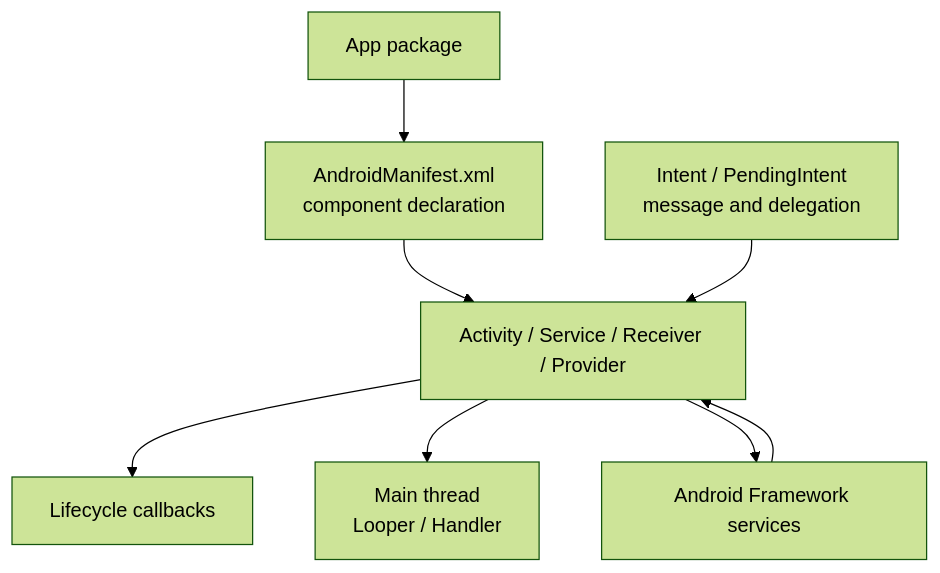
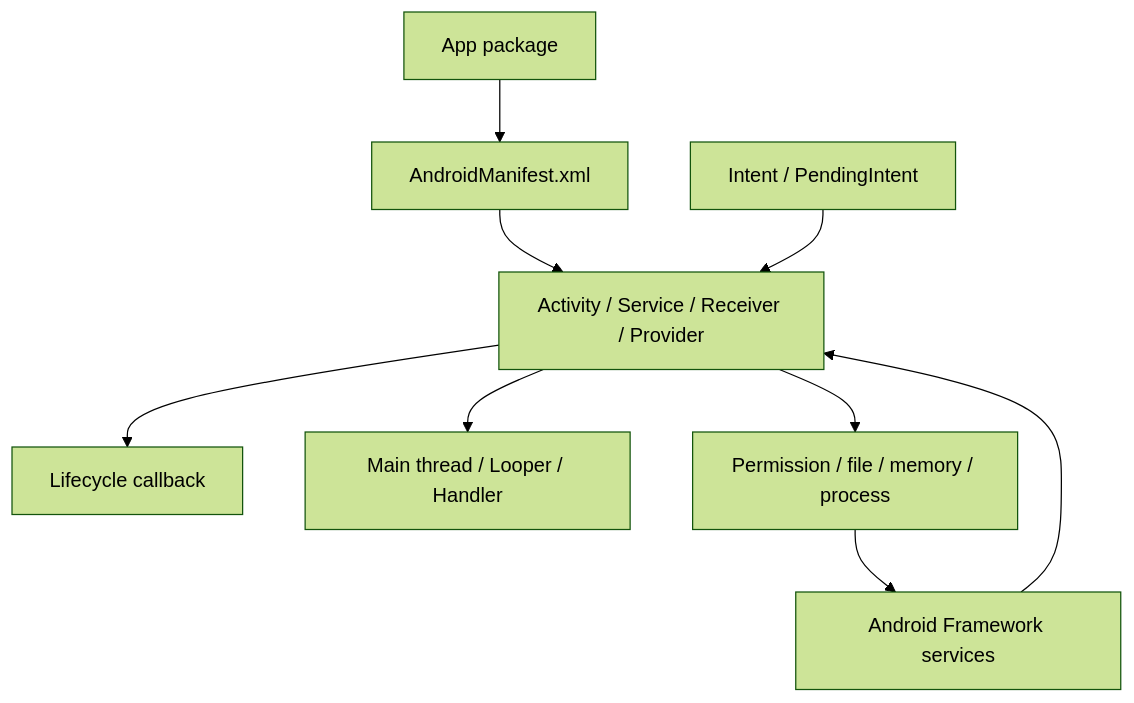
Before and after one commit to m1ser4ble/m1ser4ble.github.io: the first of 4 diagrams in _posts/2026-06-09-manifest-android-interview-01-android-framework.md, drawn with Mermaid (forest theme). The commit also changed other lines of this file, not shown here.

Commit message:
docs: rewrite Android Framework answer guide

```diff
--- a/_posts/2026-06-09-manifest-android-interview-01-android-framework.md
+++ b/_posts/2026-06-09-manifest-android-interview-01-android-framework.md
@@ -35,18 +40,20 @@
 <div class="mermaid">
 flowchart TD
     App[App package]
-    Manifest[AndroidManifest.xml<br/>component declaration]
+    Manifest[AndroidManifest.xml]
     Component[Activity / Service / Receiver / Provider]
-    Intent[Intent / PendingIntent<br/>message and delegation]
-    Lifecycle[Lifecycle callbacks]
-    Thread[Main thread<br/>Looper / Handler]
+    Intent[Intent / PendingIntent]
+    Lifecycle[Lifecycle callback]
+    Thread[Main thread / Looper / Handler]
+    Resource[Permission / file / memory / process]
     System[Android Framework services]
 
     App --> Manifest
     Manifest --> Component
     Intent --> Component
     Component --> Lifecycle
     Component --> Thread
-    Component --> System
+    Component --> Resource
     System --> Component
+    Resource --> System
 </div>
```
